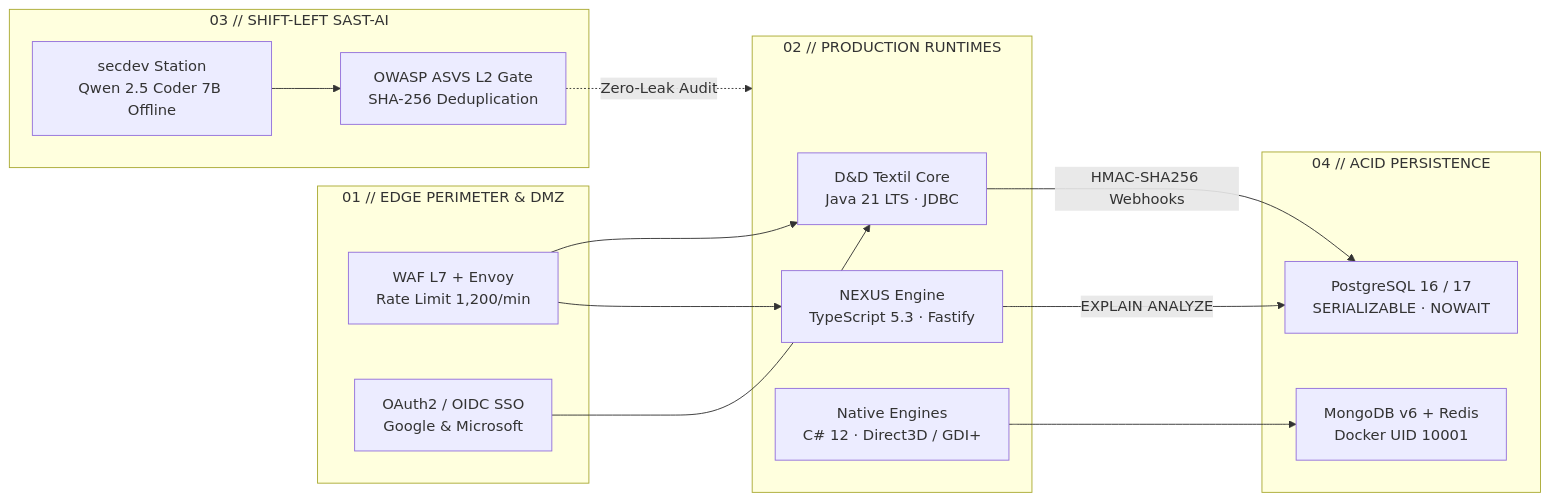
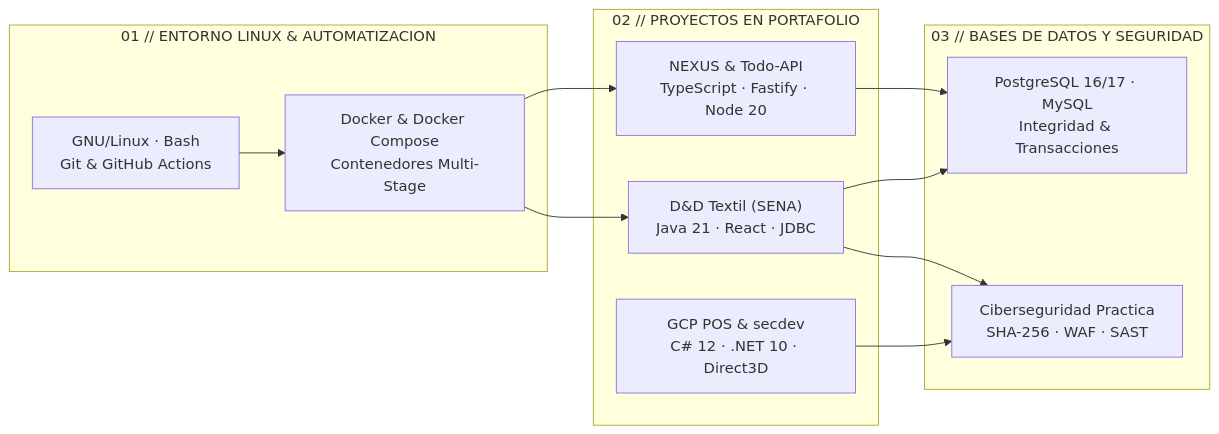
The diagram in README.md (Jhonmoreno000/Jhonmoreno000), drawn with Mermaid before and after one commit. The commit also changed other lines of this file and 26 other files, not shown here.

Commit message:
feat(linux-3d-student): 3D WebGL Linux/Tux workstation hero, authentic SENA ADSO trajectory & honest live metrics

````diff
--- a/README.md
+++ b/README.md
@@ -58,32 +58,26 @@
 ```mermaid
 flowchart LR
-    subgraph EDGE["01 // EDGE PERIMETER & DMZ"]
-        WAF["WAF L7 + Envoy<br/>Rate Limit 1,200/min"]
-        SSO["OAuth2 / OIDC SSO<br/>Google & Microsoft"]
+    subgraph LINUX["01 // ENTORNO LINUX & AUTOMATIZACION"]
+        SH["GNU/Linux · Bash<br/>Git & GitHub Actions"]
+        DK["Docker & Docker Compose<br/>Contenedores Multi-Stage"]
     end
 
-    subgraph CORE["02 // PRODUCTION RUNTIMES"]
-        JAVA["D&D Textil Core<br/>Java 21 LTS · JDBC"]
-        FAST["NEXUS Engine<br/>TypeScript 5.3 · Fastify"]
-        DOTNET["Native Engines<br/>C# 12 · Direct3D / GDI+"]
+    subgraph PROJ["02 // PROYECTOS EN PORTAFOLIO"]
+        JAVA["D&D Textil (SENA)<br/>Java 21 · React · JDBC"]
+        FAST["NEXUS & Todo-API<br/>TypeScript · Fastify · Node 20"]
+        DOTNET["GCP POS & secdev<br/>C# 12 · .NET 10 · Direct3D"]
     end
 
-    subgraph APPSEC["03 // SHIFT-LEFT SAST-AI"]
-        QWEN["secdev Station<br/>Qwen 2.5 Coder 7B Offline"]
-        ASVS["OWASP ASVS L2 Gate<br/>SHA-256 Deduplication"]
+    subgraph DATA["03 // BASES DE DATOS Y SEGURIDAD"]
+        PG["PostgreSQL 16/17 · MySQL<br/>Integridad & Transacciones"]
+        SEC["Ciberseguridad Practica<br/>SHA-256 · WAF · SAST"]
     end
 
-    subgraph DATA["04 // ACID PERSISTENCE"]
-        PG["PostgreSQL 16 / 17<br/>SERIALIZABLE · NOWAIT"]
-        MONGO["MongoDB v6 + Redis<br/>Docker UID 10001"]
-    end
-
-    WAF --> JAVA
-    WAF --> FAST
-    SSO --> JAVA
-    JAVA -->|HMAC-SHA256 Webhooks| PG
-    FAST -->|EXPLAIN ANALYZE| PG
-    DOTNET --> MONGO
-    QWEN --> ASVS
-    ASVS -.->|Zero-Leak Audit| CORE
+    SH --> DK
+    DK --> JAVA
+    DK --> FAST
+    JAVA --> PG
+    FAST --> PG
+    DOTNET --> SEC
+    JAVA --> SEC
 ```
````
